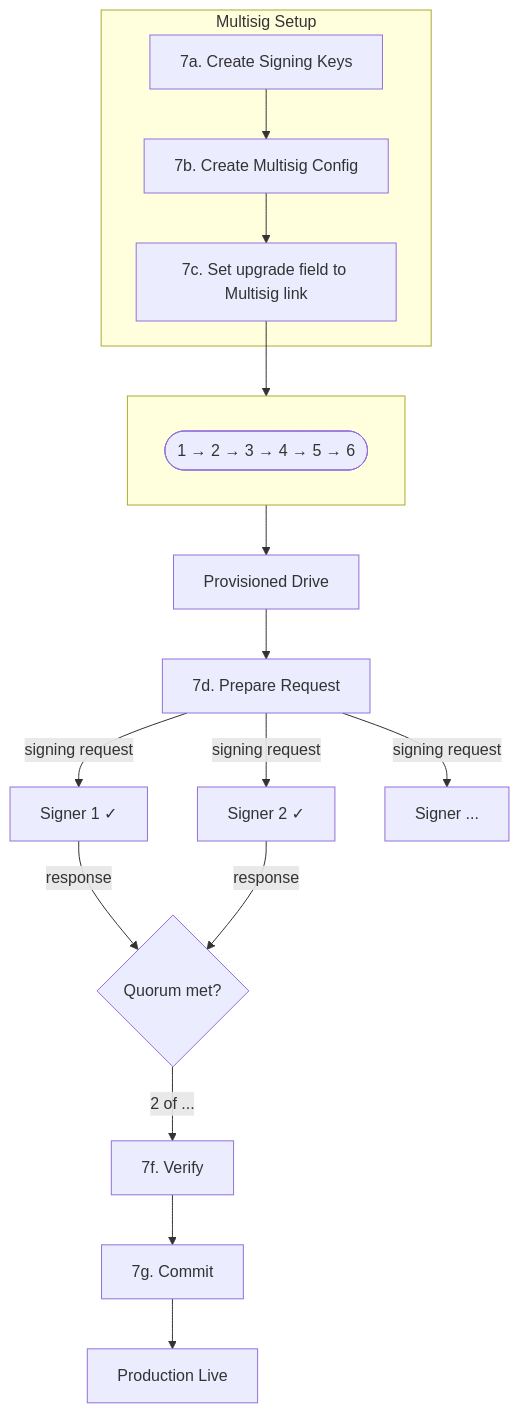
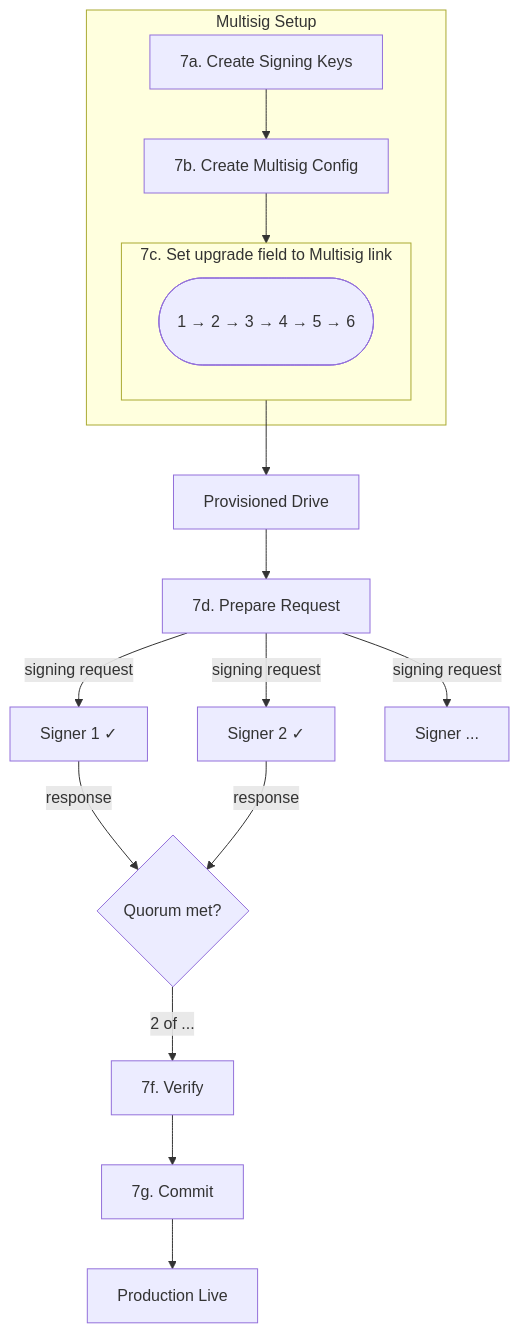
The sixth of 6 diagrams in README.md (holepunchto/hello-pear-electron), drawn with Mermaid before and after one commit.

````diff
--- a/README.md
+++ b/README.md
@@ -692,25 +692,22 @@
 ```mermaid
 graph TD
     subgraph Multisig Setup
         K[7a. Create Signing Keys] --> C[7b. Create Multisig Config]
-        C --> L[7c. Set upgrade field to Multisig link]
+        C --> L[7]
+        subgraph "7c. Set upgrade field to Multisig link"
+            direction LR
+            L([<br>1 → 2 → 3 → 4 → 5 → 6<br>&nbsp;])
+        end
     end
 
-    L --> S1L
-
-    subgraph " "
-        direction LR
-        S1L([1 → 2 → 3 → 4 → 5 → 6])
-    end
-
-    S1L --> Prov[Provisioned Drive]
+    L --> Prov[Provisioned Drive]
     Prov --> Req[7d. Prepare Request]
     Req -->|signing request| Sg1[Signer 1 ✓]
     Req -->|signing request| Sg2[Signer 2 ✓]
     Req -->|signing request| Sg3[Signer ...]
     Sg1 -->|response| Q{Quorum met?}
     Sg2 -->|response| Q
     Q -->|2 of ...| Ver[7f. Verify]
     Ver --> Com[7g. Commit]
     Com --> Live[Production Live]
 ```
````
